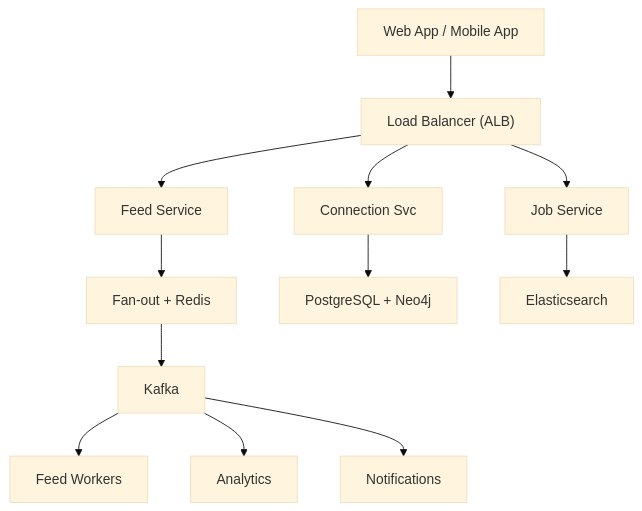
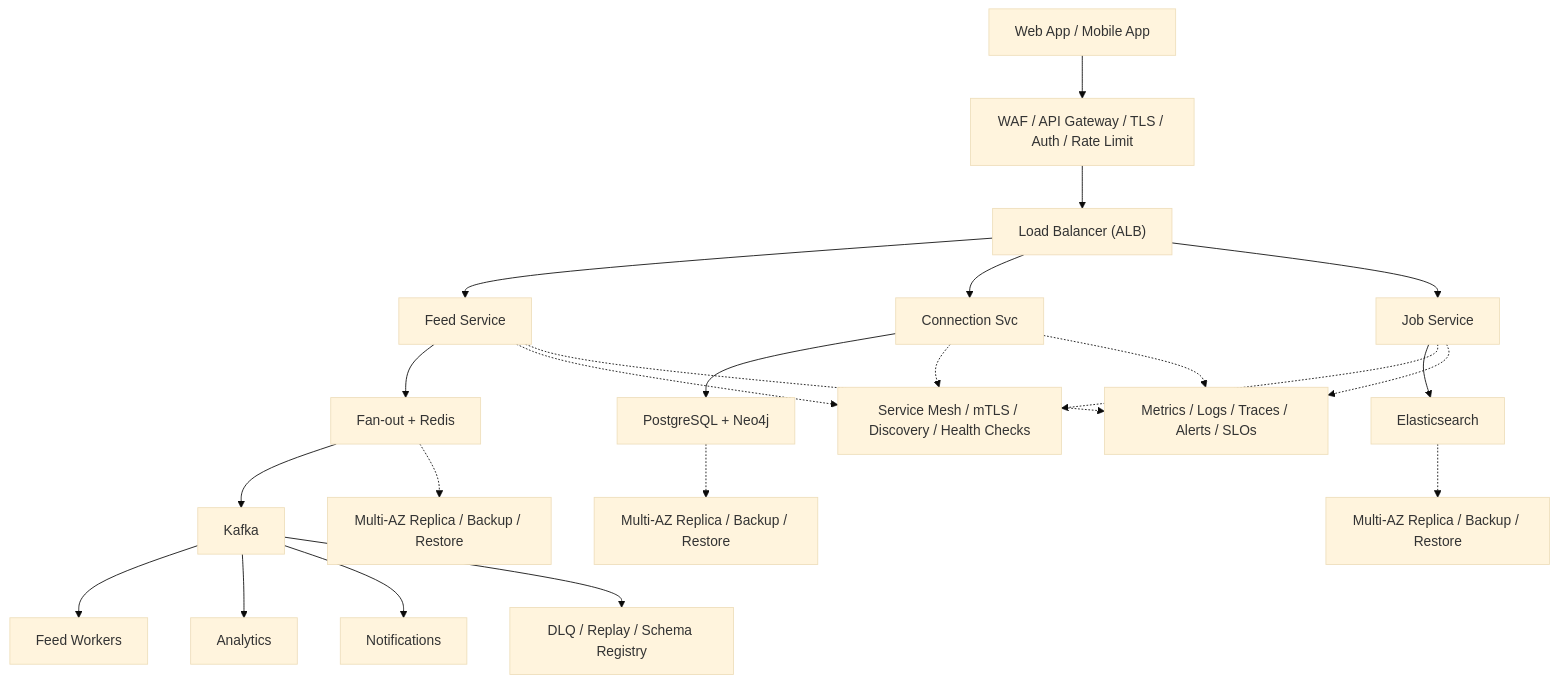
One commit to aishwary11/system-design changed the diagram in system-design-linkedin.md. Above: the diagram before and after it, drawn with Mermaid (base theme). The commit also changed 31 other files, not shown here.

Commit message:
Add production-grade architecture details

````diff
--- a/system-design-linkedin.md
+++ b/system-design-linkedin.md
@@ -38,14 +38,25 @@
 ```mermaid
 flowchart TB
-    clients["Web App / Mobile App"] --> lb["Load Balancer (ALB)"]
+    clients["Web App / Mobile App"] --> edge["WAF / API Gateway / TLS / Auth / Rate Limit"]
+    edge --> lb["Load Balancer (ALB)"]
     lb --> svc0["Feed Service"]
     lb --> svc1["Connection Svc"]
     lb --> svc2["Job Service"]
     svc0 --> store0["Fan-out + Redis"]
     svc1 --> store1["PostgreSQL + Neo4j"]
     svc2 --> store2["Elasticsearch"]
     store0 --> stream["Kafka"]
     stream --> worker0["Feed Workers"]
     stream --> worker1["Analytics"]
     stream --> worker2["Notifications"]
+    svc0 -.-> platform["Service Mesh / mTLS / Discovery / Health Checks"]
+    svc1 -.-> platform
+    svc2 -.-> platform
+    store0 -.-> backup0["Multi-AZ Replica / Backup / Restore"]
+    store1 -.-> backup1["Multi-AZ Replica / Backup / Restore"]
+    store2 -.-> backup2["Multi-AZ Replica / Backup / Restore"]
+    stream --> dlq["DLQ / Replay / Schema Registry"]
+    svc0 -.-> ops["Metrics / Logs / Traces / Alerts / SLOs"]
+    svc1 -.-> ops
+    svc2 -.-> ops
 ```
````
